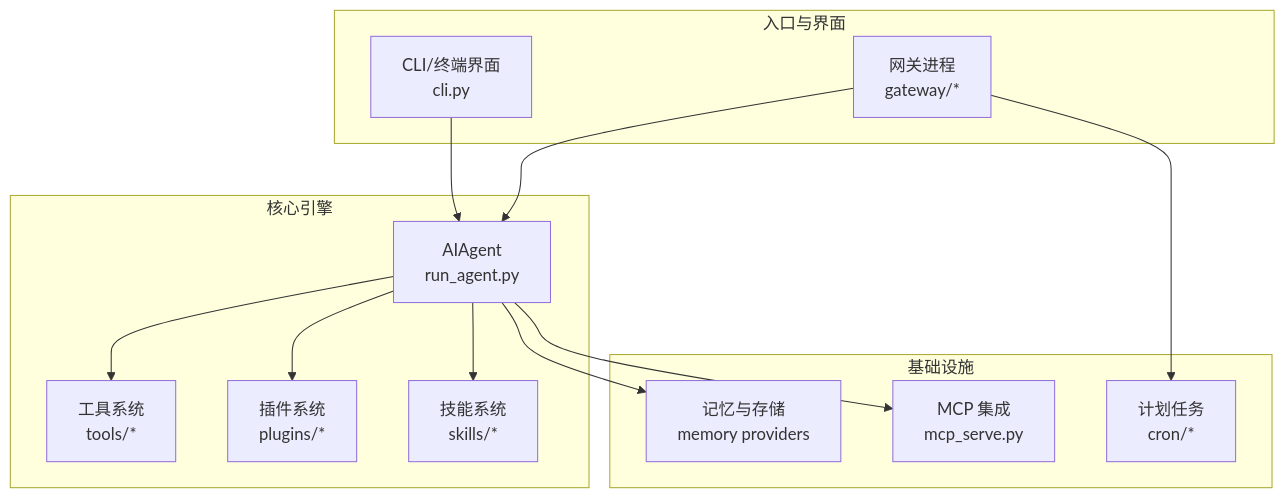
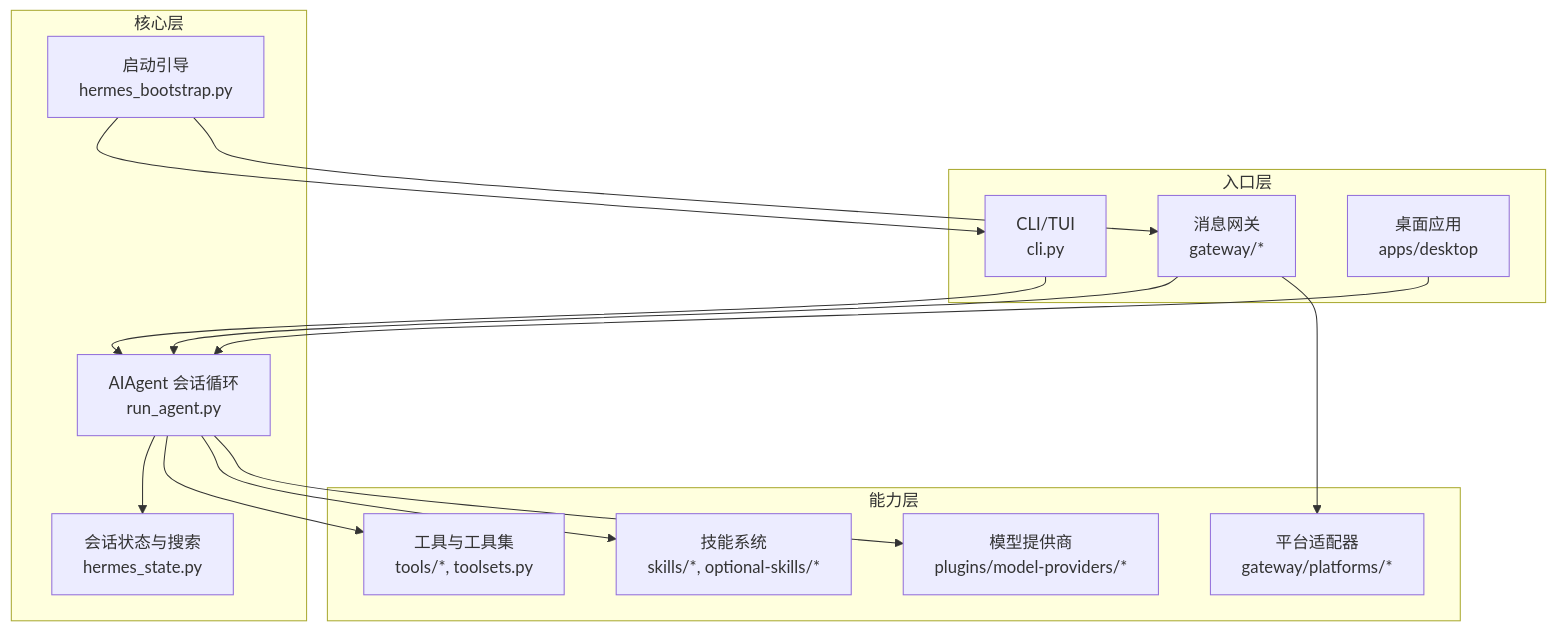
Before and after one commit to haolange/hermes-agent: the first of 7 diagrams in .qoder/repowiki/zh/content/项目概述/项目概述.md, drawn with Mermaid. The commit also changed other lines of this file and 1206 other files, not shown here.

````diff
--- a/.qoder/repowiki/zh/content/项目概述/项目概述.md
+++ b/.qoder/repowiki/zh/content/项目概述/项目概述.md
@@ -54,26 +36,29 @@
 ```mermaid
 graph TB
-subgraph "入口与界面"
-CLI["CLI/终端界面<br/>cli.py"]
-Gateway["网关进程<br/>gateway/*"]
+subgraph "入口层"
+CLI["CLI/TUI<br/>cli.py"]
+GATEWAY["消息网关<br/>gateway/*"]
+DESKTOP["桌面应用<br/>apps/desktop"]
 end
-subgraph "核心引擎"
-Agent["AIAgent<br/>run_agent.py"]
-Tools["工具系统<br/>tools/*"]
-Plugins["插件系统<br/>plugins/*"]
-Skills["技能系统<br/>skills/*"]
+subgraph "核心层"
+AGENT["AIAgent 会话循环<br/>run_agent.py"]
+STATE["会话状态与搜索<br/>hermes_state.py"]
+BOOT["启动引导<br/>hermes_bootstrap.py"]
 end
-subgraph "基础设施"
-Memory["记忆与存储<br/>memory providers"]
-Cron["计划任务<br/>cron/*"]
-MCP["MCP 集成<br/>mcp_serve.py"]
+subgraph "能力层"
+TOOLS["工具与工具集<br/>tools/*, toolsets.py"]
+SKILLS["技能系统<br/>skills/*, optional-skills/*"]
+PLATFORMS["平台适配器<br/>gateway/platforms/*"]
+PROVIDERS["模型提供商<br/>plugins/model-providers/*"]
 end
-CLI --> Agent
-Gateway --> Agent
-Agent --> Tools
-Agent --> Plugins
-Agent --> Skills
-Agent --> Memory
-Gateway --> Cron
-Agent --> MCP
+CLI --> AGENT
+GATEWAY --> AGENT
+DESKTOP --> AGENT
+AGENT --> STATE
+AGENT --> TOOLS
+AGENT --> SKILLS
+GATEWAY --> PLATFORMS
+AGENT --> PROVIDERS
+BOOT --> CLI
+BOOT --> GATEWAY
 ```
````
